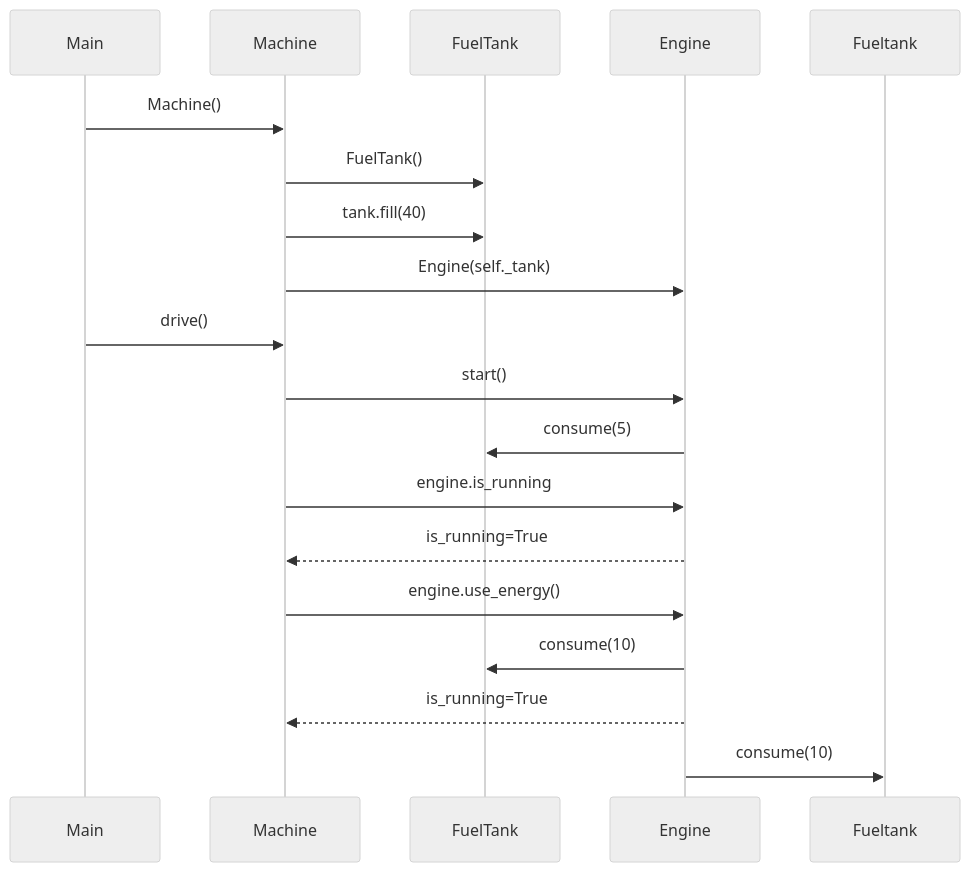
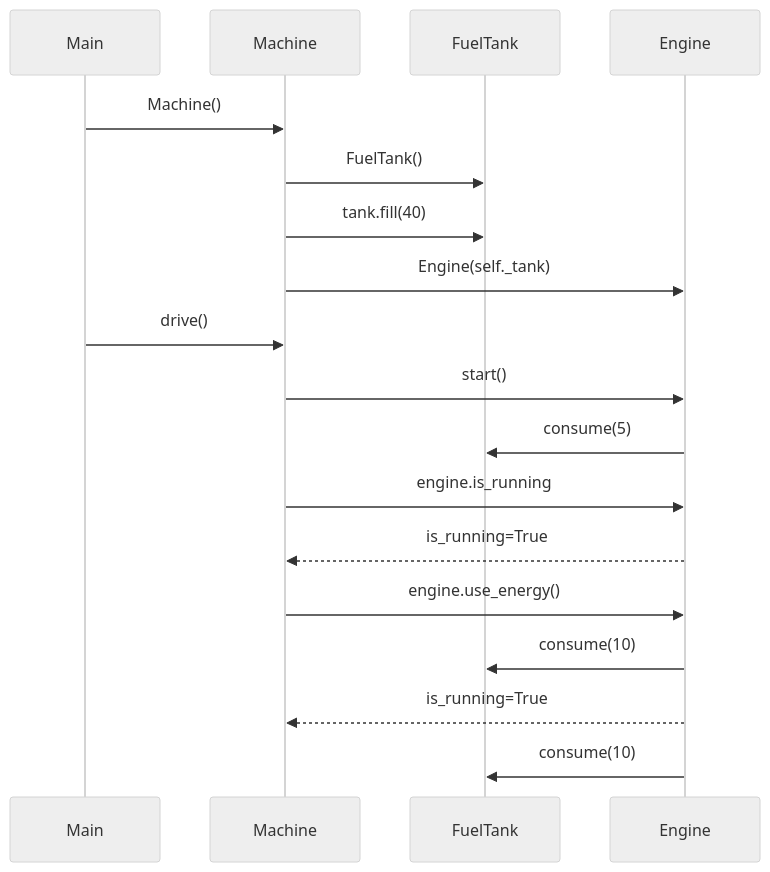
Before and after one commit to slerbu/ot-harjoitustyo: the diagram in laskarit/viikko3/sekvenssikaavio.md, drawn with Mermaid (neutral theme).

Commit message:
korjaus2

````diff
--- a/laskarit/viikko3/sekvenssikaavio.md
+++ b/laskarit/viikko3/sekvenssikaavio.md
@@ -1,18 +1,18 @@
 ```mermaid
     sequenceDiagram
         Main->>Machine: Machine()
         Machine->>FuelTank: FuelTank()
         Machine->>FuelTank: tank.fill(40)
         Machine->>Engine: Engine(self._tank)
         Main->>Machine: drive()
         Machine->>Engine: start()
         Engine->>FuelTank: consume(5)
         Machine->>Engine: engine.is_running
         Engine-->>Machine: is_running=True
         Machine->>Engine: engine.use_energy()
         Engine->>FuelTank: consume(10)
         Engine -->> Machine: is_running=True
-        Engine ->>Fueltank: consume(10)
+        Engine ->>FuelTank: consume(10)
               
         
 ```
````
